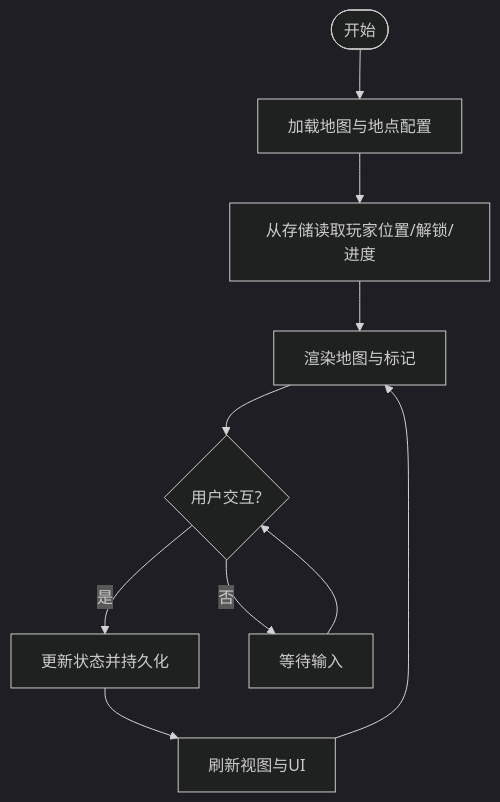
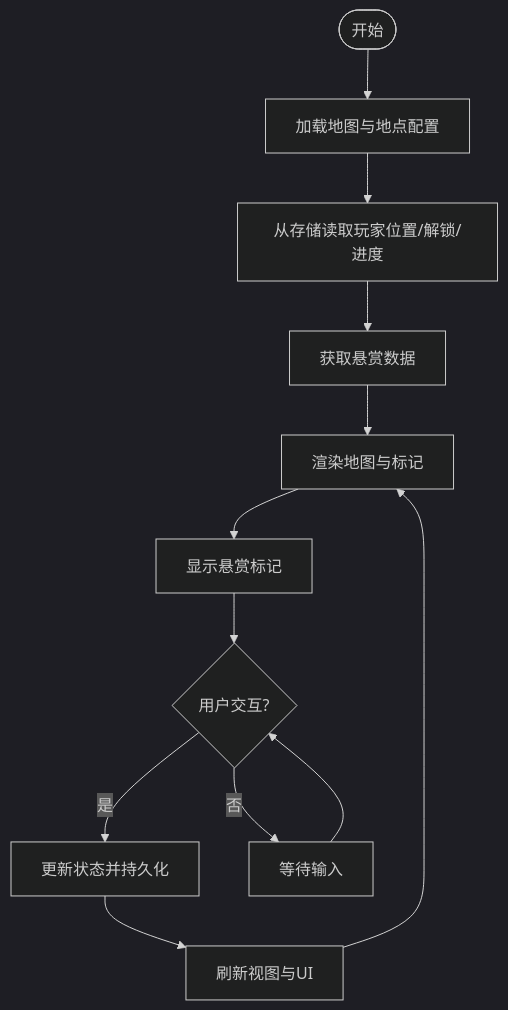
One commit to Ji-Haitang/char_card_1 changed the third of 4 diagrams in .qoder/repowiki/zh/content/世界探索系统/世界地图.md. Above: the diagram before and after it, drawn with Mermaid (dark theme). The commit also changed other lines of this file and 45 other files, not shown here.

````diff
--- a/.qoder/repowiki/zh/content/世界探索系统/世界地图.md
+++ b/.qoder/repowiki/zh/content/世界探索系统/世界地图.md
@@ -205,12 +231,14 @@
 ```mermaid
 flowchart TD
 Start(["开始"]) --> LoadCfg["加载地图与地点配置"]
 LoadCfg --> FetchState["从存储读取玩家位置/解锁/进度"]
-FetchState --> RenderMap["渲染地图与标记"]
-RenderMap --> UserAction{"用户交互?"}
+FetchState --> FetchBounty["获取悬赏数据"]
+FetchBounty --> RenderMap["渲染地图与标记"]
+RenderMap --> ShowBounty["显示悬赏标记"]
+ShowBounty --> UserAction{"用户交互?"}
 UserAction --> |是| UpdateState["更新状态并持久化"]
 UpdateState --> Refresh["刷新视图与UI"]
 Refresh --> RenderMap
 UserAction --> |否| Idle["等待输入"]
 Idle --> UserAction
 ```
````
